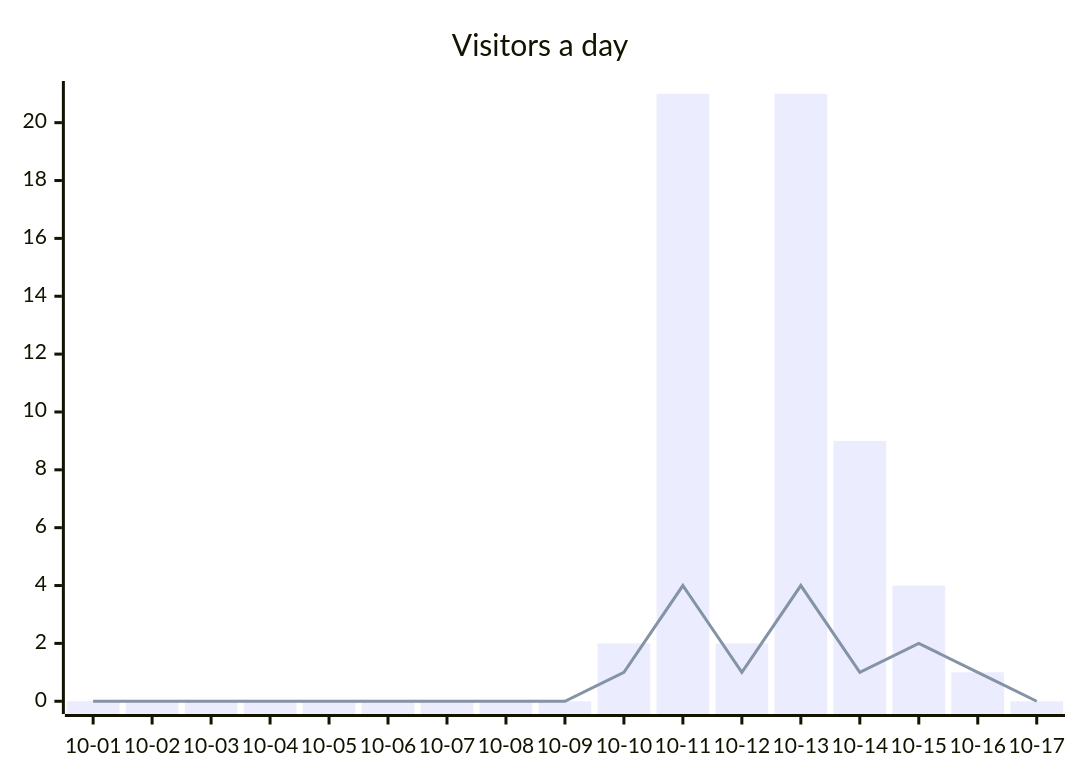
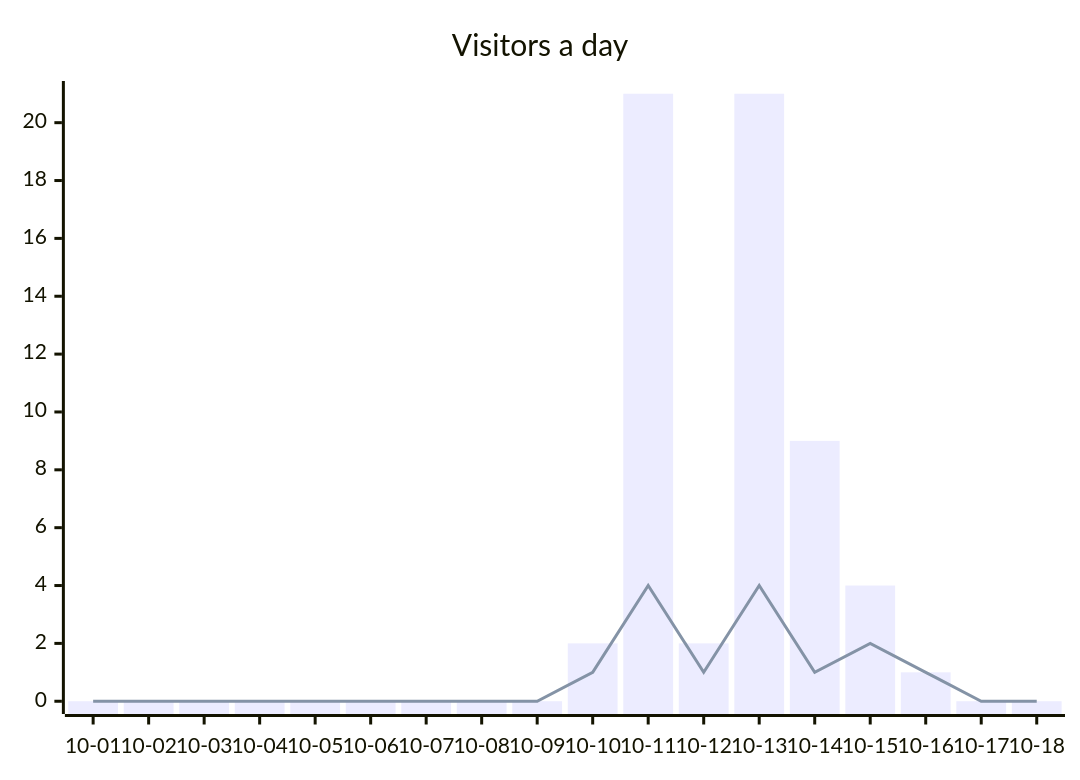
One commit to ArtemkaGoldMan/ContextSwitcher changed the second of 2 diagrams in README.md. Above: the diagram before and after it, drawn with Mermaid. The commit also changed other lines of this file and 3 other files, not shown here.

````diff
--- a/README.md
+++ b/README.md
@@ -40,7 +40,7 @@
 ```mermaid
 xychart-beta
     title "Visitors a day"
-    x-axis ["10-01", "10-02", "10-03", "10-04", "10-05", "10-06", "10-07", "10-08", "10-09", "10-10", "10-11", "10-12", "10-13", "10-14", "10-15", "10-16", "10-17"]
-    bar [0, 0, 0, 0, 0, 0, 0, 0, 0, 2, 21, 2, 21, 9, 4, 1, 0]
-    line [0, 0, 0, 0, 0, 0, 0, 0, 0, 1, 4, 1, 4, 1, 2, 1, 0]
+    x-axis ["10-01", "10-02", "10-03", "10-04", "10-05", "10-06", "10-07", "10-08", "10-09", "10-10", "10-11", "10-12", "10-13", "10-14", "10-15", "10-16", "10-17", "10-18"]
+    bar [0, 0, 0, 0, 0, 0, 0, 0, 0, 2, 21, 2, 21, 9, 4, 1, 0, 0]
+    line [0, 0, 0, 0, 0, 0, 0, 0, 0, 1, 4, 1, 4, 1, 2, 1, 0, 0]
 ```
````
